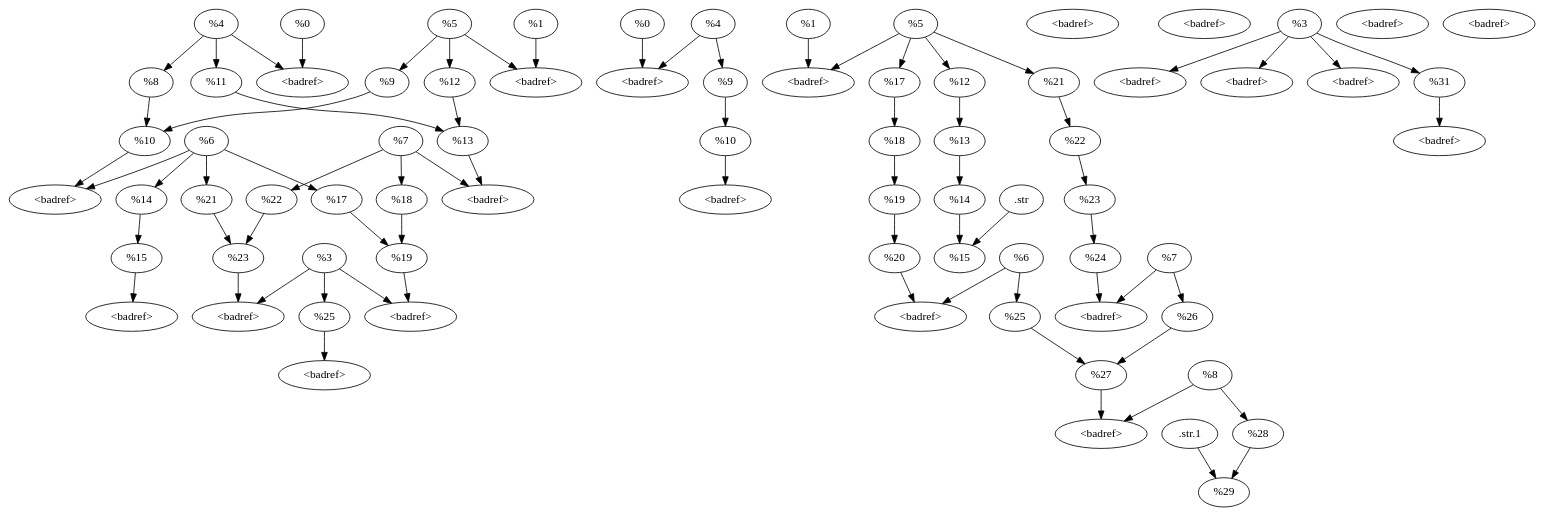
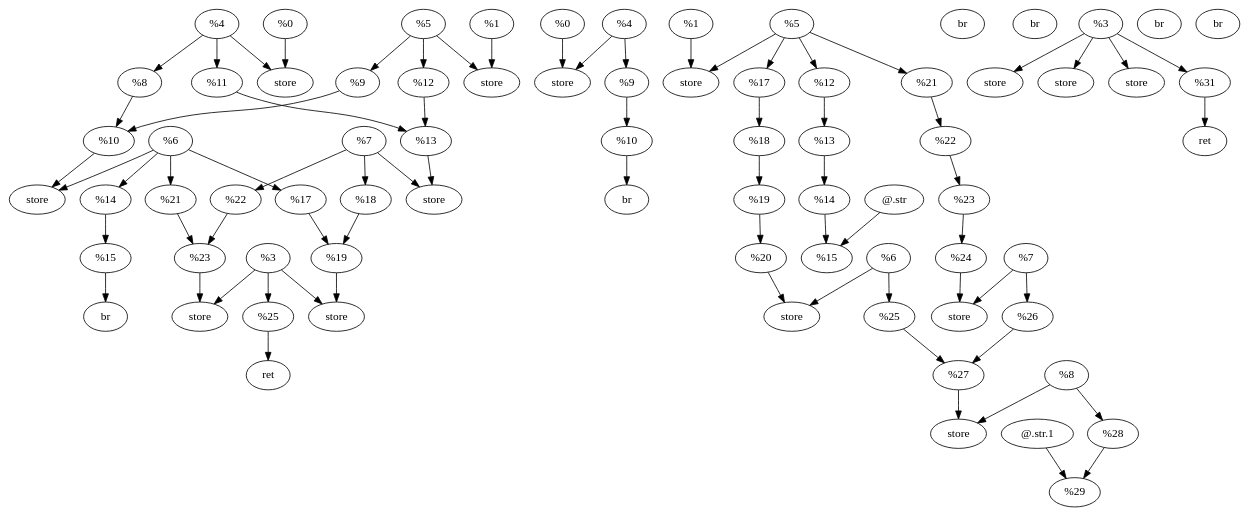
One commit to HaipoviyPodrostok/LLVM_pass_plugin changed the diagram in assets/dot_file.dot. Above: the diagram before and after it, drawn with Graphviz. The commit also changed 2 other files, not shown here.

```diff
--- a/assets/dot_file.dot
+++ b/assets/dot_file.dot
@@ -1,147 +1,147 @@
 digraph DefUseGraph {
   21 [label="%15"];
   25 [label="%19"];
   30 [label="%23"];
   47 [label="%10"];
   14 [label="%10"];
   18 [label="%13"];
   3 [label="%0"];
   4 [label="%1"];
-  1 [label=".str"];
-  2 [label=".str.1"];
+  1 [label="@.str"];
+  2 [label="@.str.1"];
   5 [label="%3"];
   6 [label="%4"];
   7 [label="%5"];
   8 [label="%6"];
   9 [label="%7"];
-  10 [label="<badref>"];
-  11 [label="<badref>"];
+  10 [label="store"];
+  11 [label="store"];
   12 [label="%8"];
   13 [label="%9"];
-  15 [label="<badref>"];
+  15 [label="store"];
   16 [label="%11"];
   17 [label="%12"];
-  19 [label="<badref>"];
+  19 [label="store"];
   20 [label="%14"];
-  22 [label="<badref>"];
+  22 [label="br"];
   23 [label="%17"];
   24 [label="%18"];
-  26 [label="<badref>"];
-  27 [label="<badref>"];
+  26 [label="store"];
+  27 [label="br"];
   28 [label="%21"];
   29 [label="%22"];
-  31 [label="<badref>"];
-  32 [label="<badref>"];
+  31 [label="store"];
+  32 [label="br"];
   33 [label="%25"];
-  34 [label="<badref>"];
+  34 [label="ret"];
   35 [label="%0"];
   36 [label="%1"];
   37 [label="%3"];
   38 [label="%4"];
   39 [label="%5"];
   40 [label="%6"];
   41 [label="%7"];
   42 [label="%8"];
-  43 [label="<badref>"];
-  44 [label="<badref>"];
-  45 [label="<badref>"];
+  43 [label="store"];
+  44 [label="store"];
+  45 [label="store"];
   46 [label="%9"];
-  48 [label="<badref>"];
+  48 [label="br"];
   49 [label="%12"];
   50 [label="%13"];
   51 [label="%14"];
   52 [label="%15"];
-  53 [label="<badref>"];
-  54 [label="<badref>"];
+  53 [label="store"];
+  54 [label="br"];
   55 [label="%17"];
   56 [label="%18"];
   57 [label="%19"];
   58 [label="%20"];
-  59 [label="<badref>"];
+  59 [label="store"];
   60 [label="%21"];
   61 [label="%22"];
   62 [label="%23"];
   63 [label="%24"];
-  64 [label="<badref>"];
+  64 [label="store"];
   65 [label="%25"];
   66 [label="%26"];
   67 [label="%27"];
-  68 [label="<badref>"];
+  68 [label="store"];
   69 [label="%28"];
   70 [label="%29"];
-  71 [label="<badref>"];
-  72 [label="<badref>"];
+  71 [label="store"];
+  72 [label="br"];
   73 [label="%31"];
-  74 [label="<badref>"];
+  74 [label="ret"];
   3 -> 10;
   6 -> 10;
   4 -> 11;
   7 -> 11;
   6 -> 12;
   7 -> 13;
   12 -> 14;
   13 -> 14;
   14 -> 15;
   8 -> 15;
   6 -> 16;
   7 -> 17;
   16 -> 18;
   17 -> 18;
   18 -> 19;
   9 -> 19;
   8 -> 20;
   20 -> 21;
   21 -> 22;
   8 -> 23;
   9 -> 24;
   23 -> 25;
   24 -> 25;
   25 -> 26;
   5 -> 26;
   8 -> 28;
   9 -> 29;
   28 -> 30;
   29 -> 30;
   30 -> 31;
   5 -> 31;
   5 -> 33;
   33 -> 34;
   37 -> 43;
   35 -> 44;
   38 -> 44;
   36 -> 45;
   39 -> 45;
   38 -> 46;
   46 -> 47;
   47 -> 48;
   39 -> 49;
   49 -> 50;
   50 -> 51;
   1 -> 52;
   51 -> 52;
   37 -> 53;
   39 -> 55;
   55 -> 56;
   56 -> 57;
   57 -> 58;
   58 -> 59;
   40 -> 59;
   39 -> 60;
   60 -> 61;
   61 -> 62;
   62 -> 63;
   63 -> 64;
   41 -> 64;
   40 -> 65;
   41 -> 66;
   65 -> 67;
   66 -> 67;
   67 -> 68;
   42 -> 68;
   42 -> 69;
   2 -> 70;
   69 -> 70;
   37 -> 71;
   37 -> 73;
   73 -> 74;
 }
```
